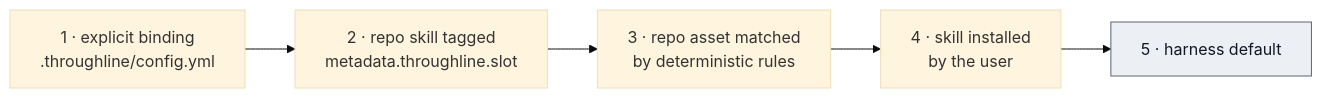
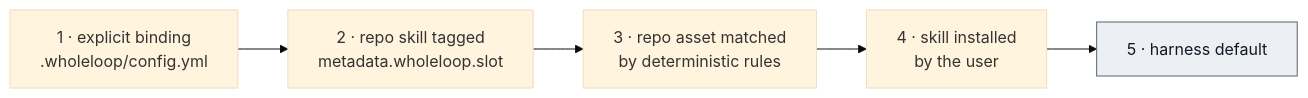
Before and after one commit to dreamingechoes/wholeloop: the diagram in docs/configuration/repo-skills.md, drawn with Mermaid (base theme). The commit also changed other lines of this file and 61 other files, not shown here.

````diff
--- a/docs/configuration/repo-skills.md
+++ b/docs/configuration/repo-skills.md
@@ -50,8 +50,8 @@
 ```mermaid
 flowchart LR
-  a["1 · explicit binding<br/>.throughline/config.yml"] --> b["2 · repo skill tagged<br/>metadata.throughline.slot"]
+  a["1 · explicit binding<br/>.wholeloop/config.yml"] --> b["2 · repo skill tagged<br/>metadata.wholeloop.slot"]
   b --> c["3 · repo asset matched<br/>by deterministic rules"]
   c --> d["4 · skill installed<br/>by the user"]
   d --> e["5 · harness default"]:::core
   classDef core fill:#eceff3,stroke:#5b6573,color:#111827;
 ```
````
